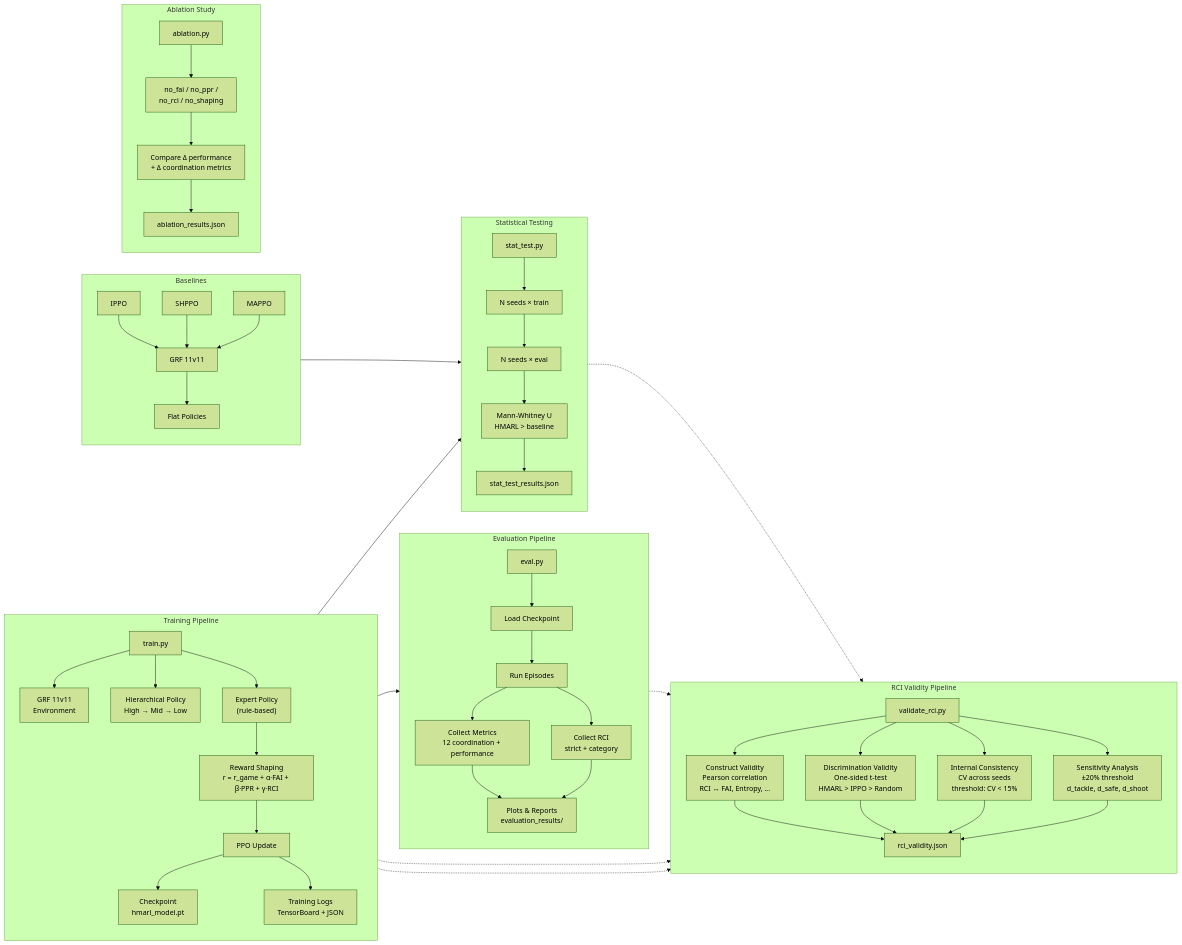
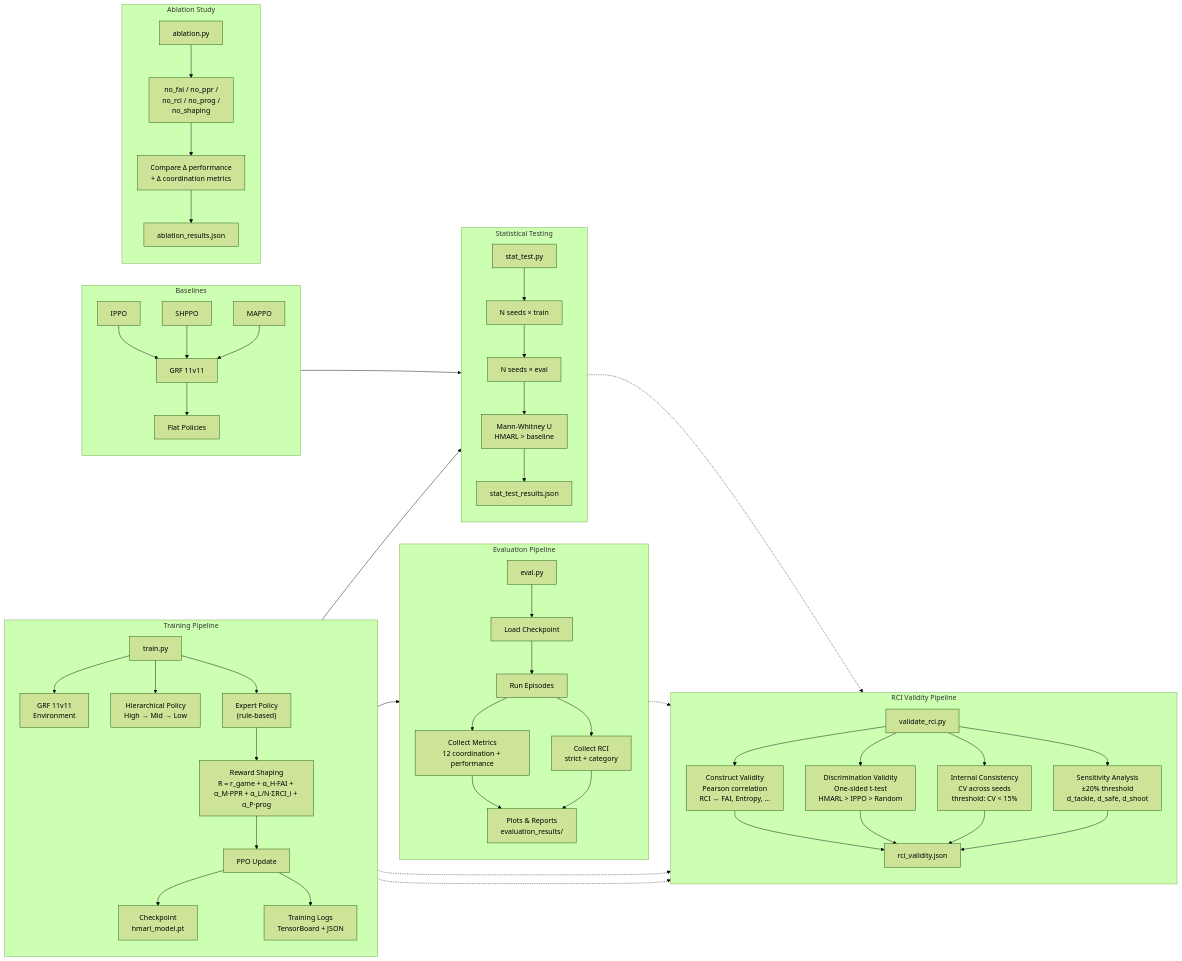
Before and after one commit to wewnumam/hmarl-grf: the diagram in README.md, drawn with Mermaid (forest theme). The commit also changed other lines of this file and 11 other files, not shown here.

````diff
--- a/README.md
+++ b/README.md
@@ -52,70 +53,70 @@
 ```mermaid
 flowchart LR
     %% === TRAINING PIPELINE ===
     subgraph TRAIN["Training Pipeline"]
         direction TB
         A1["train.py"] --> A2["GRF 11v11<br/>Environment"]
         A1 --> A3["Hierarchical Policy<br/>High → Mid → Low"]
         A1 --> A4["Expert Policy<br/>(rule-based)"]
-        A4 --> A5["Reward Shaping<br/>r = r_game + α·FAI + β·PPR + γ·RCI"]
+        A4 --> A5["Reward Shaping<br/>R = r_game + α_H·FAI + α_M·PPR + α_L/N·ΣRCI_i + α_P·prog"]
         A5 --> A6["PPO Update"]
         A6 --> A7["Checkpoint<br/>hmarl_model.pt"]
         A6 --> A8["Training Logs<br/>TensorBoard + JSON"]
     end
 
     %% === EVALUATION PIPELINE ===
     subgraph EVAL["Evaluation Pipeline"]
         direction TB
         B1["eval.py"] --> B2["Load Checkpoint"]
         B2 --> B3["Run Episodes"]
         B3 --> B4["Collect Metrics<br/>12 coordination + performance"]
         B3 --> B5["Collect RCI<br/>strict + category"]
         B4 --> B6["Plots & Reports<br/>evaluation_results/"]
         B5 --> B6
     end
 
     %% === VALIDATION PIPELINE ===
     subgraph VALID["RCI Validity Pipeline"]
         direction TB
         C1["validate_rci.py"] --> C2["Construct Validity<br/>Pearson correlation<br/>RCI ↔ FAI, Entropy, ..."]
         C1 --> C3["Discrimination Validity<br/>One-sided t-test<br/>HMARL > IPPO > Random"]
         C1 --> C4["Internal Consistency<br/>CV across seeds<br/>threshold: CV < 15%"]
         C1 --> C5["Sensitivity Analysis<br/>±20% threshold<br/>d_tackle, d_safe, d_shoot"]
         C2 --> C6["rci_validity.json"]
         C3 --> C6
         C4 --> C6
         C5 --> C6
     end
 
     %% === BASELINES ===
     subgraph BASE["Baselines"]
         direction TB
         D1["IPPO"] & D2["SHPPO"] & D3["MAPPO"] --> D4["GRF 11v11"]
         D4 --> D5["Flat Policies"]
     end
 
     %% === STAT & ABLATION ===
     subgraph STAT["Statistical Testing"]
         direction TB
         E1["stat_test.py"] --> E2["N seeds × train"]
         E2 --> E3["N seeds × eval"]
         E3 --> E4["Mann-Whitney U<br/>HMARL > baseline"]
         E4 --> E5["stat_test_results.json"]
     end
 
     subgraph ABLAT["Ablation Study"]
         direction TB
-        F1["ablation.py"] --> F2["no_fai / no_ppr /<br/>no_rci / no_shaping"]
+        F1["ablation.py"] --> F2["no_fai / no_ppr /<br/>no_rci / no_prog /<br/>no_shaping"]
         F2 --> F3["Compare Δ performance<br/>+ Δ coordination metrics"]
         F3 --> F4["ablation_results.json"]
     end
 
     %% === CROSS-CONNECTIONS ===
     A7 --> B2
     A7 --> E2
     D5 --> E3
     A7 -.-> C1
     A8 -.-> C1
     B6 -.-> C1
     E5 -.-> C1
 ```
````
